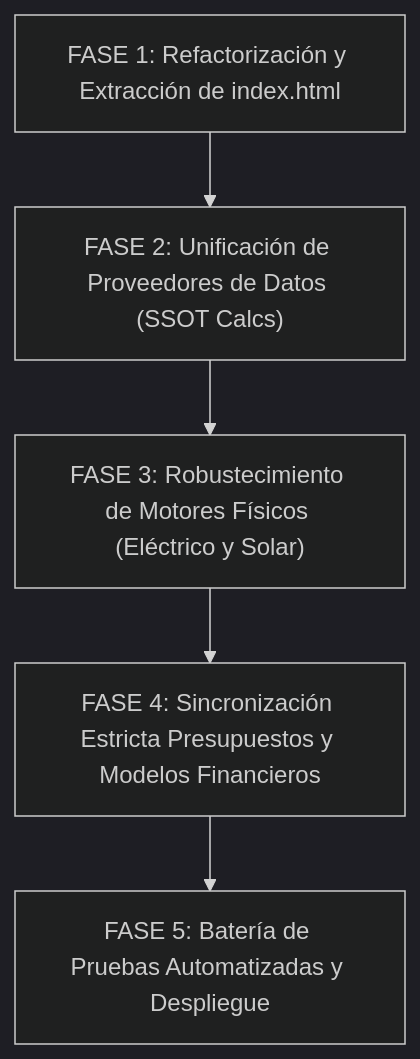
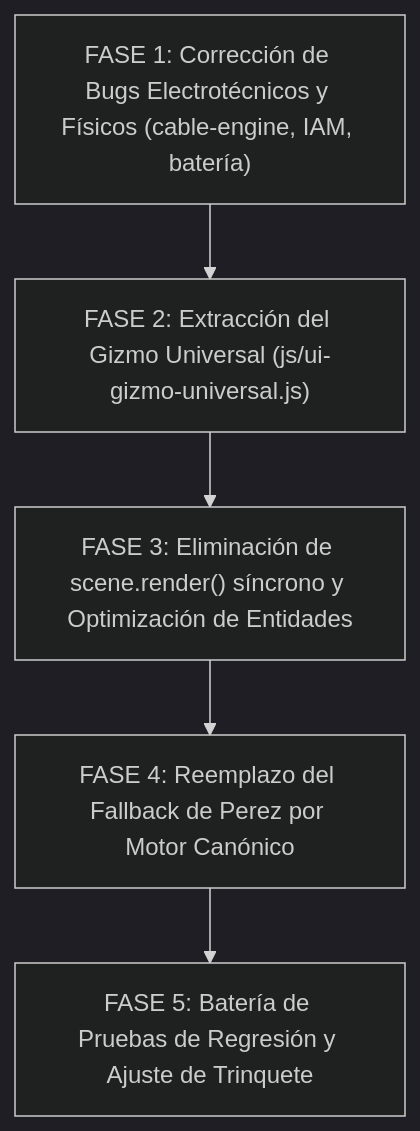
Before and after one commit to K-N-U-M/RA: the diagram in doc/AUDITORIA_QUIRURGICA_ARQUITECTURA_INGENIERIA_RA_2026.md, drawn with Mermaid (dark theme). The commit also changed other lines of this file, not shown here.

Commit message:
docs(audit): consolidar auditoria quirurgica multidisciplinar v3.1 (software architecture + renewable industrial engineering)

````diff
--- a/doc/AUDITORIA_QUIRURGICA_ARQUITECTURA_INGENIERIA_RA_2026.md
+++ b/doc/AUDITORIA_QUIRURGICA_ARQUITECTURA_INGENIERIA_RA_2026.md
@@ -152,13 +148,13 @@
 ```mermaid
 flowchart TD
-    Fase1["FASE 1: Refactorización y Extracción de index.html"]
-    Fase2["FASE 2: Unificación de Proveedores de Datos (SSOT Calcs)"]
-    Fase3["FASE 3: Robustecimiento de Motores Físicos (Eléctrico y Solar)"]
-    Fase4["FASE 4: Sincronización Estricta Presupuestos y Modelos Financieros"]
-    Fase5["FASE 5: Batería de Pruebas Automatizadas y Despliegue"]
+    Fase1["FASE 1: Corrección de Bugs Electrotécnicos y Físicos (cable-engine, IAM, batería)"]
+    Fase2["FASE 2: Extracción del Gizmo Universal (js/ui-gizmo-universal.js)"]
+    Fase3["FASE 3: Eliminación de scene.render() síncrono y Optimización de Entidades"]
+    Fase4["FASE 4: Reemplazo del Fallback de Perez por Motor Canónico"]
+    Fase5["FASE 5: Batería de Pruebas de Regresión y Ajuste de Trinquete"]
 
     Fase1 --> Fase2
     Fase2 --> Fase3
     Fase3 --> Fase4
     Fase4 --> Fase5
 ```
````
